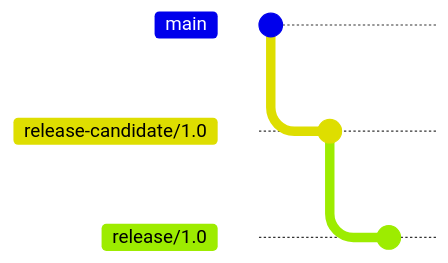
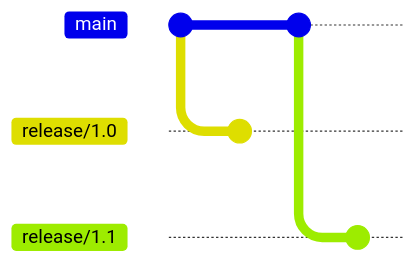
One commit to SiegeSailor/Website changed the first of 6 diagrams in articles/notes/long-term-support/index.md. Above: the diagram before and after it, drawn with Mermaid. The commit also changed other lines of this file, not shown here. Commit ids are hidden.

Commit message:
note: Update long-term support branches section and adjust branch naming conventions

````diff
--- a/articles/notes/long-term-support/index.md
+++ b/articles/notes/long-term-support/index.md
@@ -86,8 +86,10 @@
 ```mermaid
 gitGraph
     commit
-    branch "release-candidate/1.0"
-    commit
     branch "release/1.0"
     commit
+    checkout "main"
+    commit
+    branch "release/1.1"
+    commit
 ```
````
